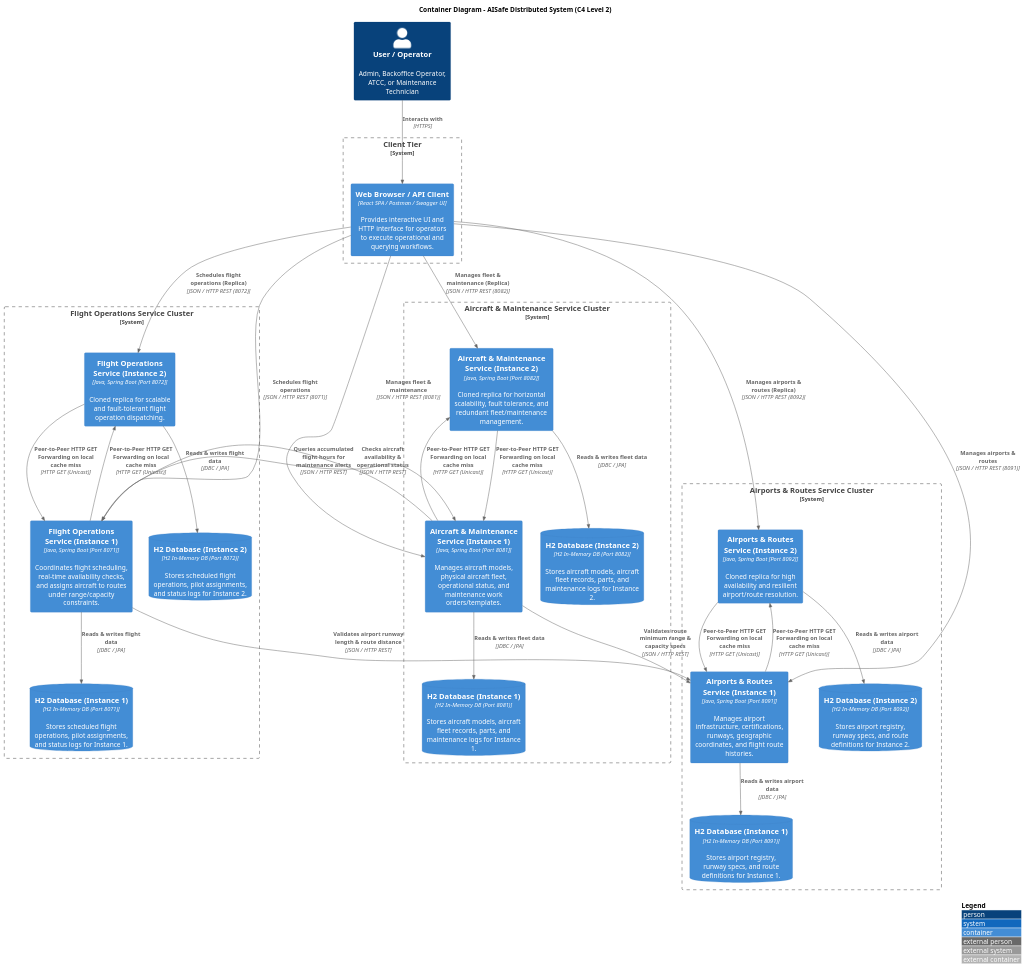
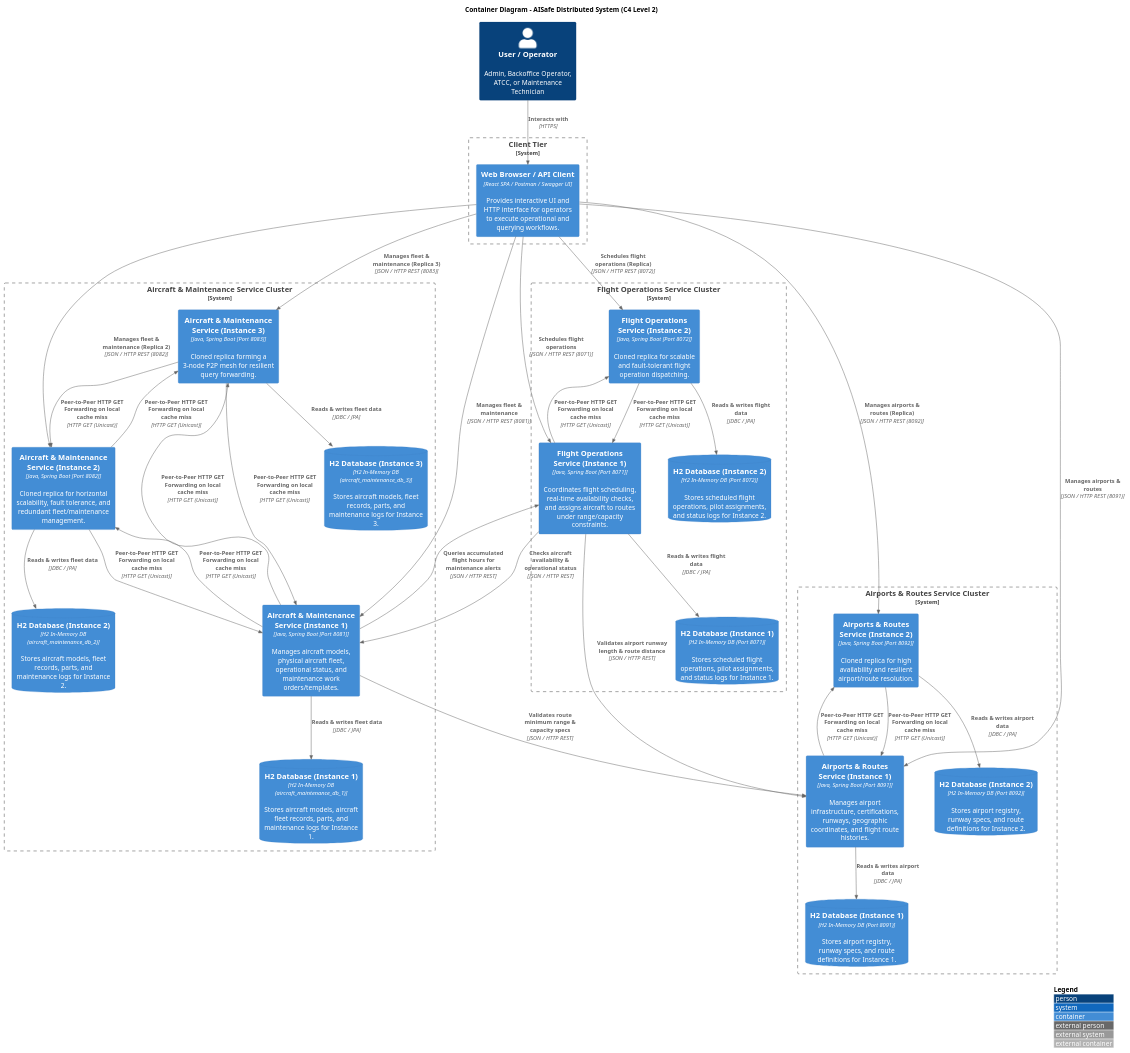
One commit to pedroguilherme-web/SISDIS_5_2DB changed the diagram in design/diagrams/c4/_level2/_containers.puml. Above: the diagram before and after it, drawn with PlantUML. The commit also changed 2 other files, not shown here.

Commit message:
docs(c4): update Level 1, 2, and 3 diagrams with 3-node P2P mesh and port 8092

```diff
--- a/design/diagrams/c4/_level2/_containers.puml
+++ b/design/diagrams/c4/_level2/_containers.puml
@@ -1,71 +1,79 @@
 @startuml _containers
 !include <C4/C4_Container>
 
 ' Fallback includes for environments without local standard library
 '!include https://raw.githubusercontent.com/plantuml-stdlib/C4-PlantUML/master/C4_Container.puml
 
 LAYOUT_WITH_LEGEND()
 
 title Container Diagram - AISafe Distributed System (C4 Level 2)
 
 Person(user, "User / Operator", "Admin, Backoffice Operator, ATCC, or Maintenance Technician")
 
 System_Boundary(client_tier, "Client Tier") {
     Container(spa, "Web Browser / API Client", "React SPA / Postman / Swagger UI", "Provides interactive UI and HTTP interface for operators to execute operational and querying workflows.")
 }
 
 System_Boundary(c1_boundary, "Aircraft & Maintenance Service Cluster") {
     Container(am_inst1, "Aircraft & Maintenance Service (Instance 1)", "Java, Spring Boot [Port 8081]", "Manages aircraft models, physical aircraft fleet, operational status, and maintenance work orders/templates.")
     Container(am_inst2, "Aircraft & Maintenance Service (Instance 2)", "Java, Spring Boot [Port 8082]", "Cloned replica for horizontal scalability, fault tolerance, and redundant fleet/maintenance management.")
-    ContainerDb(am_db1, "H2 Database (Instance 1)", "H2 In-Memory DB (Port 8081)", "Stores aircraft models, aircraft fleet records, parts, and maintenance logs for Instance 1.")
-    ContainerDb(am_db2, "H2 Database (Instance 2)", "H2 In-Memory DB (Port 8082)", "Stores aircraft models, aircraft fleet records, parts, and maintenance logs for Instance 2.")
+    Container(am_inst3, "Aircraft & Maintenance Service (Instance 3)", "Java, Spring Boot [Port 8083]", "Cloned replica forming a 3-node P2P mesh for resilient query forwarding.")
+    ContainerDb(am_db1, "H2 Database (Instance 1)", "H2 In-Memory DB (aircraft_maintenance_db_1)", "Stores aircraft models, aircraft fleet records, parts, and maintenance logs for Instance 1.")
+    ContainerDb(am_db2, "H2 Database (Instance 2)", "H2 In-Memory DB (aircraft_maintenance_db_2)", "Stores aircraft models, fleet records, parts, and maintenance logs for Instance 2.")
+    ContainerDb(am_db3, "H2 Database (Instance 3)", "H2 In-Memory DB (aircraft_maintenance_db_3)", "Stores aircraft models, fleet records, parts, and maintenance logs for Instance 3.")
 }
 
 System_Boundary(c2_boundary, "Airports & Routes Service Cluster") {
     Container(ar_inst1, "Airports & Routes Service (Instance 1)", "Java, Spring Boot [Port 8091]", "Manages airport infrastructure, certifications, runways, geographic coordinates, and flight route histories.")
     Container(ar_inst2, "Airports & Routes Service (Instance 2)", "Java, Spring Boot [Port 8092]", "Cloned replica for high availability and resilient airport/route resolution.")
     ContainerDb(ar_db1, "H2 Database (Instance 1)", "H2 In-Memory DB (Port 8091)", "Stores airport registry, runway specs, and route definitions for Instance 1.")
     ContainerDb(ar_db2, "H2 Database (Instance 2)", "H2 In-Memory DB (Port 8092)", "Stores airport registry, runway specs, and route definitions for Instance 2.")
 }
 
 System_Boundary(c3_boundary, "Flight Operations Service Cluster") {
     Container(fo_inst1, "Flight Operations Service (Instance 1)", "Java, Spring Boot [Port 8071]", "Coordinates flight scheduling, real-time availability checks, and assigns aircraft to routes under range/capacity constraints.")
     Container(fo_inst2, "Flight Operations Service (Instance 2)", "Java, Spring Boot [Port 8072]", "Cloned replica for scalable and fault-tolerant flight operation dispatching.")
     ContainerDb(fo_db1, "H2 Database (Instance 1)", "H2 In-Memory DB (Port 8071)", "Stores scheduled flight operations, pilot assignments, and status logs for Instance 1.")
     ContainerDb(fo_db2, "H2 Database (Instance 2)", "H2 In-Memory DB (Port 8072)", "Stores scheduled flight operations, pilot assignments, and status logs for Instance 2.")
 }
 
 ' Client traffic to instances
 Rel(user, spa, "Interacts with", "HTTPS")
 Rel(spa, am_inst1, "Manages fleet & maintenance", "JSON / HTTP REST (8081)")
-Rel(spa, am_inst2, "Manages fleet & maintenance (Replica)", "JSON / HTTP REST (8082)")
+Rel(spa, am_inst2, "Manages fleet & maintenance (Replica 2)", "JSON / HTTP REST (8082)")
+Rel(spa, am_inst3, "Manages fleet & maintenance (Replica 3)", "JSON / HTTP REST (8083)")
 Rel(spa, ar_inst1, "Manages airports & routes", "JSON / HTTP REST (8091)")
 Rel(spa, ar_inst2, "Manages airports & routes (Replica)", "JSON / HTTP REST (8092)")
 Rel(spa, fo_inst1, "Schedules flight operations", "JSON / HTTP REST (8071)")
 Rel(spa, fo_inst2, "Schedules flight operations (Replica)", "JSON / HTTP REST (8072)")
 
 ' Intra-service database connections
 Rel(am_inst1, am_db1, "Reads & writes fleet data", "JDBC / JPA")
 Rel(am_inst2, am_db2, "Reads & writes fleet data", "JDBC / JPA")
+Rel(am_inst3, am_db3, "Reads & writes fleet data", "JDBC / JPA")
 Rel(ar_inst1, ar_db1, "Reads & writes airport data", "JDBC / JPA")
 Rel(ar_inst2, ar_db2, "Reads & writes airport data", "JDBC / JPA")
 Rel(fo_inst1, fo_db1, "Reads & writes flight data", "JDBC / JPA")
 Rel(fo_inst2, fo_db2, "Reads & writes flight data", "JDBC / JPA")
 
 ' Intra-service P2P Forwarding (Unicast fallback)
 Rel_U(am_inst1, am_inst2, "Peer-to-Peer HTTP GET Forwarding on local cache miss", "HTTP GET (Unicast)")
 Rel_D(am_inst2, am_inst1, "Peer-to-Peer HTTP GET Forwarding on local cache miss", "HTTP GET (Unicast)")
+Rel_U(am_inst2, am_inst3, "Peer-to-Peer HTTP GET Forwarding on local cache miss", "HTTP GET (Unicast)")
+Rel_D(am_inst3, am_inst2, "Peer-to-Peer HTTP GET Forwarding on local cache miss", "HTTP GET (Unicast)")
+Rel_U(am_inst1, am_inst3, "Peer-to-Peer HTTP GET Forwarding on local cache miss", "HTTP GET (Unicast)")
+Rel_D(am_inst3, am_inst1, "Peer-to-Peer HTTP GET Forwarding on local cache miss", "HTTP GET (Unicast)")
 
 Rel_U(ar_inst1, ar_inst2, "Peer-to-Peer HTTP GET Forwarding on local cache miss", "HTTP GET (Unicast)")
 Rel_D(ar_inst2, ar_inst1, "Peer-to-Peer HTTP GET Forwarding on local cache miss", "HTTP GET (Unicast)")
 
 Rel_U(fo_inst1, fo_inst2, "Peer-to-Peer HTTP GET Forwarding on local cache miss", "HTTP GET (Unicast)")
 Rel_D(fo_inst2, fo_inst1, "Peer-to-Peer HTTP GET Forwarding on local cache miss", "HTTP GET (Unicast)")
 
 ' Inter-service collaboration
 Rel(fo_inst1, am_inst1, "Checks aircraft availability & operational status", "JSON / HTTP REST")
 Rel(fo_inst1, ar_inst1, "Validates airport runway length & route distance", "JSON / HTTP REST")
 Rel(am_inst1, fo_inst1, "Queries accumulated flight hours for maintenance alerts", "JSON / HTTP REST")
 Rel(am_inst1, ar_inst1, "Validates route minimum range & capacity specs", "JSON / HTTP REST")
 
 @enduml
```
